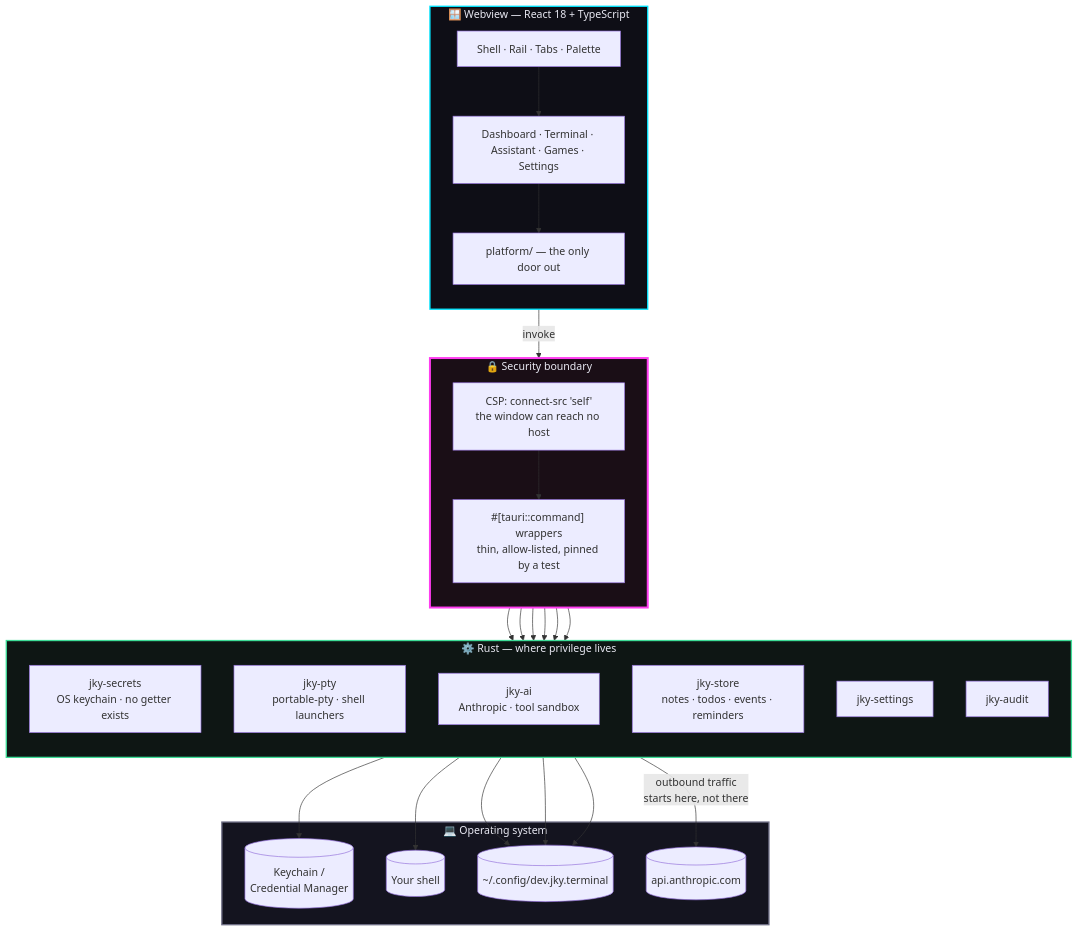
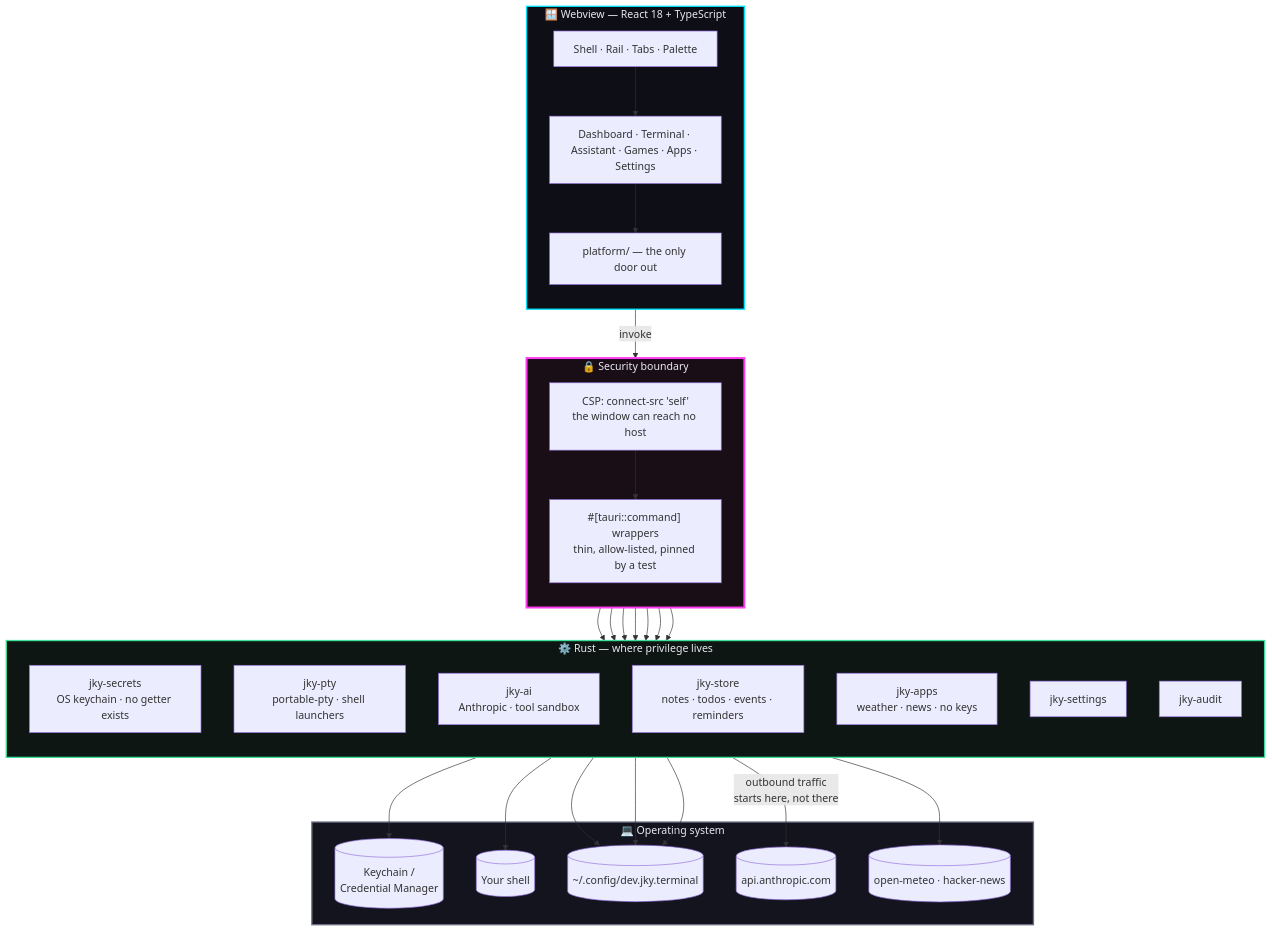
One commit to kartikeyajay2006/jky-terminal changed the first of 3 diagrams in README.md. Above: the diagram before and after it, drawn with Mermaid. The commit also changed other lines of this file and 13 other files, not shown here.

````diff
--- a/README.md
+++ b/README.md
@@ -54,49 +55,52 @@
 ```mermaid
 flowchart TB
     subgraph WINDOW["🪟  Webview — React 18 + TypeScript"]
         direction TB
         UI["Shell · Rail · Tabs · Palette"]
-        FEAT["Dashboard · Terminal · Assistant · Games · Settings"]
+        FEAT["Dashboard · Terminal · Assistant · Games · Apps · Settings"]
         ADAPTER["platform/ — the only door out"]
         UI --> FEAT --> ADAPTER
     end
 
     subgraph BOUNDARY["🔒  Security boundary"]
         direction TB
         CSP["CSP: connect-src 'self'<br/>the window can reach no host"]
         CMDS["#[tauri::command] wrappers<br/>thin, allow-listed, pinned by a test"]
     end
 
     subgraph RUST["⚙️  Rust — where privilege lives"]
         direction TB
         SECRETS["jky-secrets<br/>OS keychain · no getter exists"]
         PTY["jky-pty<br/>portable-pty · shell launchers"]
         AI["jky-ai<br/>Anthropic · tool sandbox"]
         STORE["jky-store<br/>notes · todos · events · reminders"]
+        APPS["jky-apps<br/>weather · news · no keys"]
         SETTINGS["jky-settings"]
         AUDIT["jky-audit"]
     end
 
     subgraph OS["💻  Operating system"]
         KEYCHAIN[("Keychain /<br/>Credential Manager")]
         SHELL[("Your shell")]
         DISK[("~/.config/dev.jky.terminal")]
         NET[("api.anthropic.com")]
+        PUB[("open-meteo · hacker-news")]
     end
 
     ADAPTER -->|invoke| CSP
     CSP --> CMDS
-    CMDS --> SECRETS & PTY & AI & STORE & SETTINGS & AUDIT
+    CMDS --> SECRETS & PTY & AI & STORE & SETTINGS & AUDIT & APPS
 
     SECRETS --> KEYCHAIN
     PTY --> SHELL
     AI -->|"outbound traffic<br/>starts here, not there"| NET
+    APPS --> PUB
     STORE --> DISK
     SETTINGS --> DISK
     AUDIT --> DISK
 
     style WINDOW fill:#0e0e16,stroke:#00e5ff,stroke-width:2px,color:#e8e8f2
     style BOUNDARY fill:#1a0e16,stroke:#ff3cf0,stroke-width:3px,color:#e8e8f2
     style RUST fill:#0e1614,stroke:#3ddc97,stroke-width:2px,color:#e8e8f2
     style OS fill:#14141f,stroke:#6e6e85,stroke-width:2px,color:#e8e8f2
 ```
````
